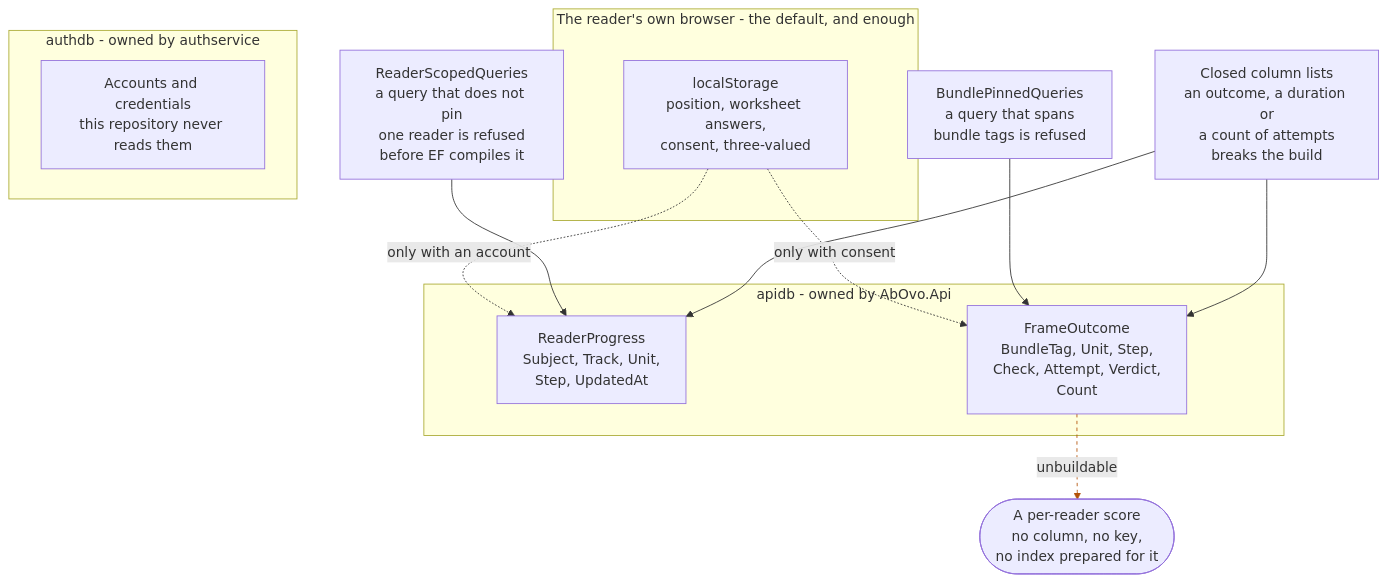
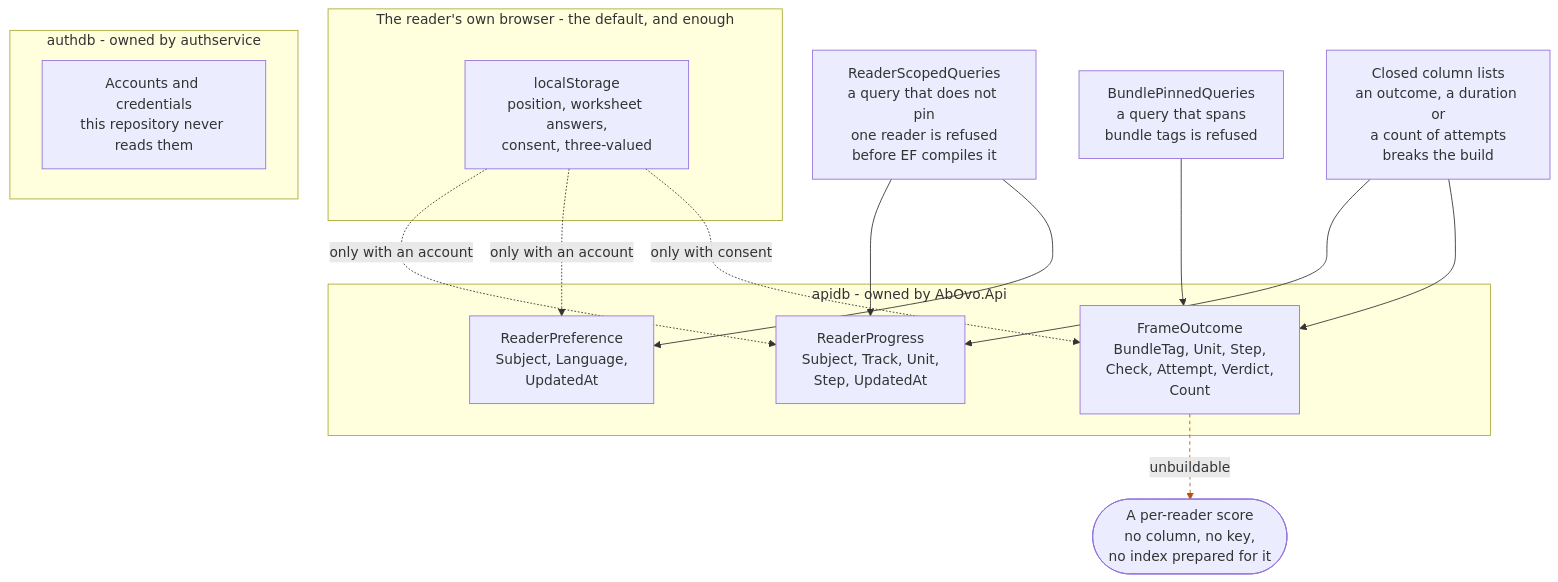
Before and after one commit to konradcinkusz/ab-ove: the diagram in docs/diagrams/a5-what-is-stored.mmd, drawn with Mermaid. The commit also changed 79 other files, not shown here.

```diff
--- a/docs/diagrams/a5-what-is-stored.mmd
+++ b/docs/diagrams/a5-what-is-stored.mmd
@@ -1,46 +1,54 @@
 %% What is stored, and what the schema is designed to be unable to answer.
 %% ONE DIAGRAM PER FILE. ASCII ONLY.
 
-%% TWO TABLES, AND EACH IS HELD BY THREE MECHANICAL RULES RATHER THAN BY A PROMISE.
-%% ReaderProgress says WHERE a reader is and never how they did; FrameOutcome counts a
-%% verdict against a frame and carries no identifier and no timestamp
-%% (ADR-0009, ADR-0020, ADR-0023).
+%% THREE TABLES, AND EACH IS HELD BY MECHANICAL RULES RATHER THAN BY A PROMISE.
+%% ReaderProgress says WHERE a reader is and never how they did; ReaderPreference says which
+%% EDITION they chose and nothing else (ADR-0048); FrameOutcome counts a verdict against a
+%% frame and carries no identifier and no timestamp (ADR-0009, ADR-0020, ADR-0023).
+
+%% THE TWO READER-SCOPED TABLES SHARE ONE GUARD. "How many readers chose Polish" is a
+%% preference rather than a measurement, and it is still a fact arrived at by counting
+%% readers -- so ReaderScopedQueries refuses it on the same terms as "how far has each
+%% reader got".
 
 %% THE ABSENT COLUMN IS THE DESIGN. An outcome has no reader, so nothing can find the rows
 %% that were yours -- which is why deleting an account cannot retract a contribution
 %% already folded into a rate, and why the deletion screen says so (ADR-0021).
 
 %% NOTHING A READER WRITES ON A FRAME IS STORED ANYWHERE BUT THEIR OWN BROWSER (ADR-0039).
 %% The worksheet, the pad and the canvas are local; so is consent (ADR-0022) and so is
 %% position until an account synchronises it.
 
 flowchart TD
   subgraph browser["The reader's own browser - the default, and enough"]
     LOCAL["localStorage<br/>position, worksheet answers,<br/>consent, three-valued"]
   end
 
   subgraph apidb["apidb - owned by AbOvo.Api"]
     RP["ReaderProgress<br/>Subject, Track, Unit,<br/>Step, UpdatedAt"]
+    RPF["ReaderPreference<br/>Subject, Language,<br/>UpdatedAt"]
     FO["FrameOutcome<br/>BundleTag, Unit, Step,<br/>Check, Attempt, Verdict,<br/>Count"]
   end
 
   subgraph authdb["authdb - owned by authservice"]
     ACC["Accounts and credentials<br/>this repository never reads them"]
   end
 
   RULE1["ReaderScopedQueries<br/>a query that does not pin<br/>one reader is refused<br/>before EF compiles it"]
   RULE2["BundlePinnedQueries<br/>a query that spans<br/>bundle tags is refused"]
   RULE3["Closed column lists<br/>an outcome, a duration or<br/>a count of attempts<br/>breaks the build"]
 
   LOCAL -.->|"only with an account"| RP
+  LOCAL -.->|"only with an account"| RPF
   LOCAL -.->|"only with consent"| FO
 
   RULE1 --> RP
+  RULE1 --> RPF
   RULE3 --> RP
   RULE2 --> FO
   RULE3 --> FO
 
   NOPE(["A per-reader score<br/>no column, no key,<br/>no index prepared for it"])
   FO -.->|"unbuildable"| NOPE
 
-  linkStyle 6 stroke:#b45309,stroke-dasharray: 4 4;
+  linkStyle 8 stroke:#b45309,stroke-dasharray: 4 4;
```
